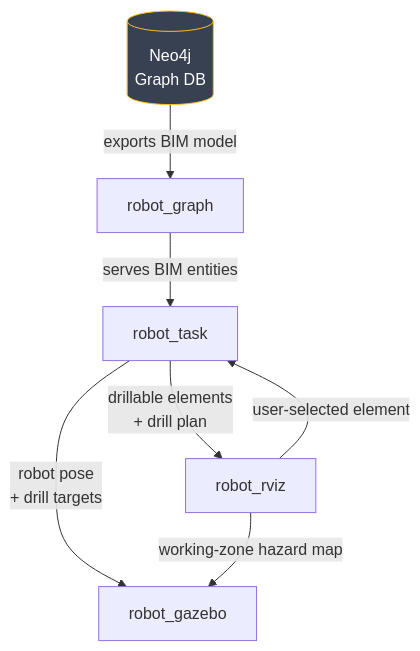
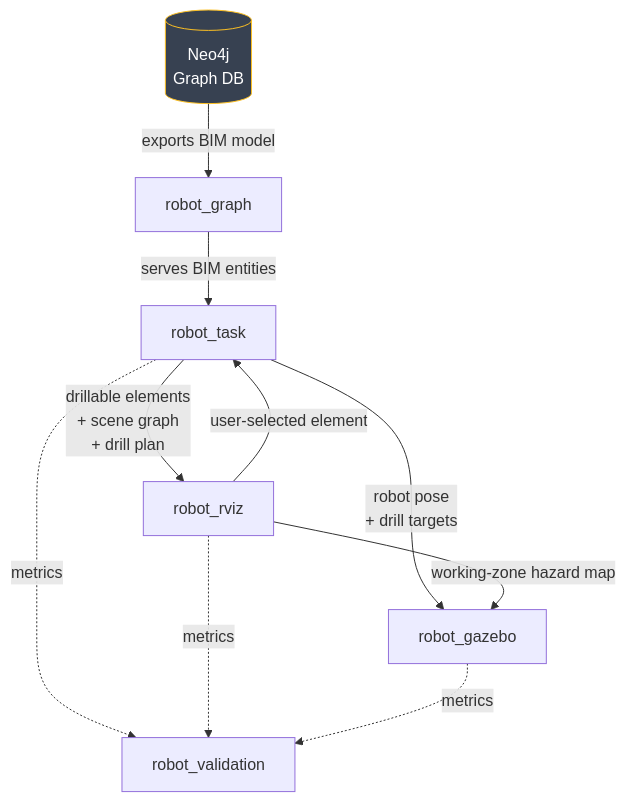
Before and after one commit to GunwoongBang/graph2robot: the diagram in README.md, drawn with Mermaid. The commit also changed other lines of this file and 7 other files, not shown here.

````diff
--- a/README.md
+++ b/README.md
@@ -7,19 +7,24 @@
 ```mermaid
 flowchart TB
     Neo4j[("Neo4j<br/>Graph DB")]
 
     robot_graph["robot_graph"]
     robot_task["robot_task"]
     robot_rviz["robot_rviz"]
     robot_gazebo["robot_gazebo"]
+    robot_validation["robot_validation"]
 
     Neo4j -->|"exports BIM model"| robot_graph
     robot_graph -->|"serves BIM entities"| robot_task
-    robot_task -->|"drillable elements <br>+ drill plan"| robot_rviz
+    robot_task -->|"drillable elements <br>+ scene graph <br>+ drill plan"| robot_rviz
     robot_task -->|"robot pose <br>+ drill targets"| robot_gazebo
     robot_rviz -->|"user-selected element"| robot_task
     robot_rviz -->|"working-zone hazard map"| robot_gazebo
 
+    robot_task -.->|"metrics"| robot_validation
+    robot_rviz -.->|"metrics"| robot_validation
+    robot_gazebo -.->|"metrics"| robot_validation
+
     classDef extern fill:#374151,stroke:#fbbf24,color:#fff;
     class Neo4j extern;
 ```
````
